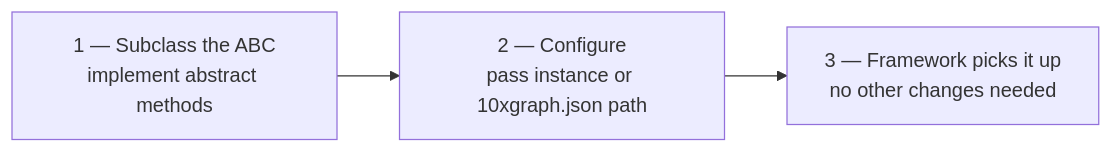
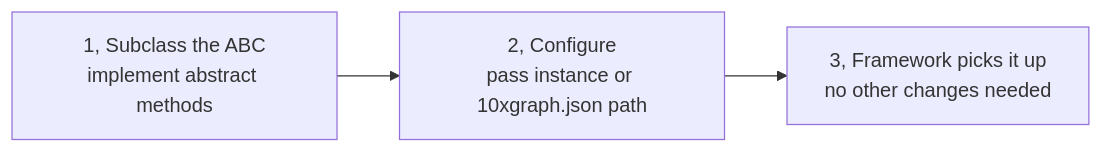
Before and after one commit to 10xHub/agentflow-docs: the second of 2 diagrams in src/content/docs/concepts/extensibility.md, drawn with Mermaid. The commit also changed 2061 other files, not shown here.

````diff
--- a/src/content/docs/concepts/extensibility.md
+++ b/src/content/docs/concepts/extensibility.md
@@ -81,6 +81,6 @@
 ```mermaid
 flowchart LR
-  SUB["1 — Subclass the ABC\nimplement abstract methods"] -->
-  CFG["2 — Configure\npass instance or 10xgraph.json path"] -->
-  RUN["3 — Framework picks it up\nno other changes needed"]
+  SUB["1, Subclass the ABC\nimplement abstract methods"] -->
+  CFG["2, Configure\npass instance or 10xgraph.json path"] -->
+  RUN["3, Framework picks it up\nno other changes needed"]
 ```
````
